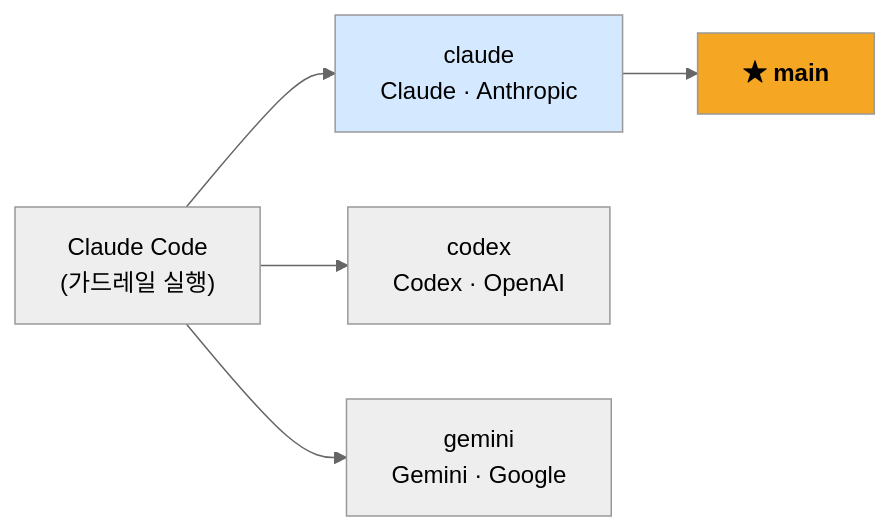
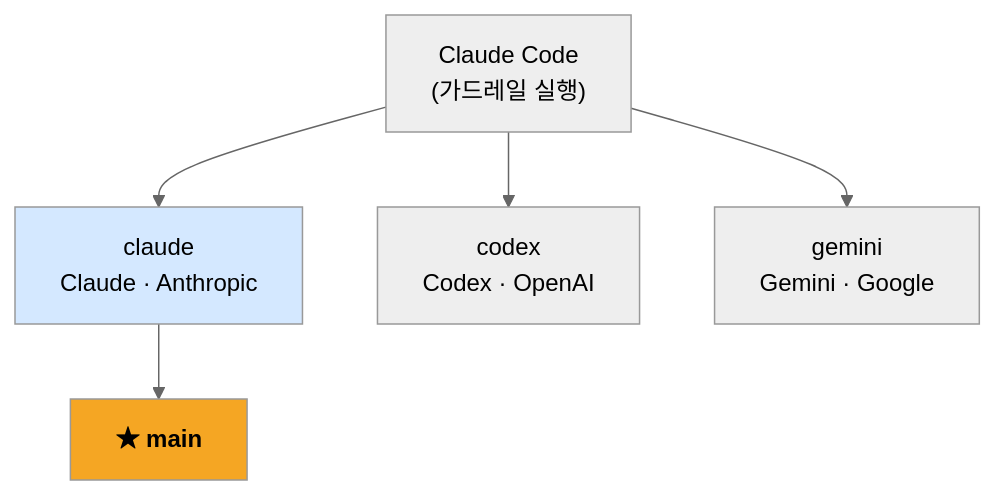
Before and after one commit to sysnet4admin/notiflex-platform: the diagram in README.md, drawn with Mermaid (neutral theme).

Commit message:
docs: README.md Mermaid 다이어그램 위→아래(TD) 방향으로 변경

````diff
--- a/README.md
+++ b/README.md
@@ -11,11 +11,11 @@
 ```mermaid
-flowchart LR
+flowchart TD
     CC["Claude Code\n(가드레일 실행)"]
     CC --> claude["claude\nClaude · Anthropic"]
     CC --> codex["codex\nCodex · OpenAI"]
     CC --> gemini["gemini\nGemini · Google"]
     claude --> main["★ main"]
 
     style main fill:#f5a623,color:#000,font-weight:bold
     style claude fill:#d4e8ff,color:#000
 ```
````
